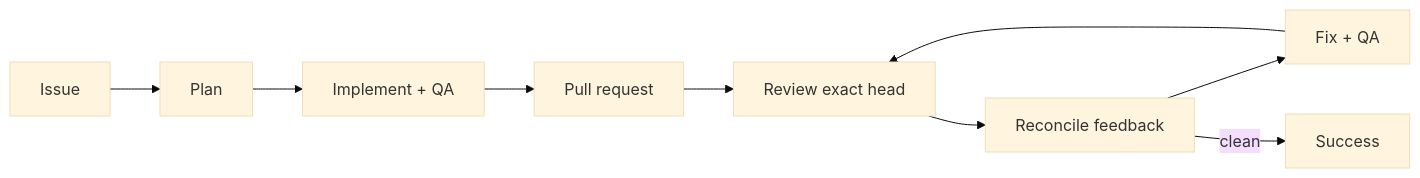
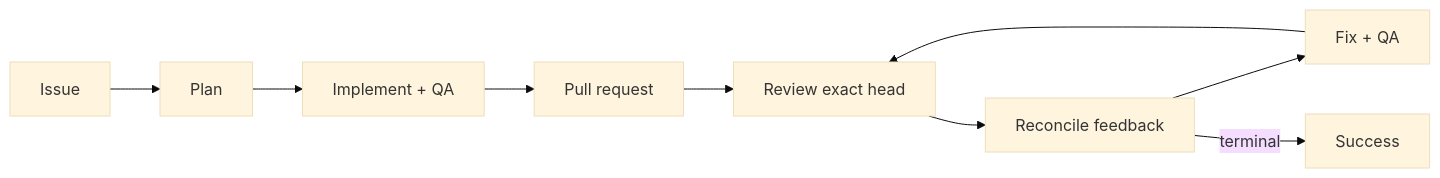
The diagram in README.md (dceoy/pr-loop), drawn with Mermaid (base theme) before and after one commit. The commit also changed other lines of this file, not shown here.

````diff
--- a/README.md
+++ b/README.md
@@ -11,7 +11,7 @@
 ```mermaid
 flowchart LR
   I[Issue] --> P[Plan] --> M[Implement + QA] --> PR[Pull request]
   PR --> R[Review exact head] --> F[Reconcile feedback] --> X[Fix + QA]
   X --> R
-  F -->|clean| S[Success]
+  F -->|terminal| S[Success]
 ```
````
